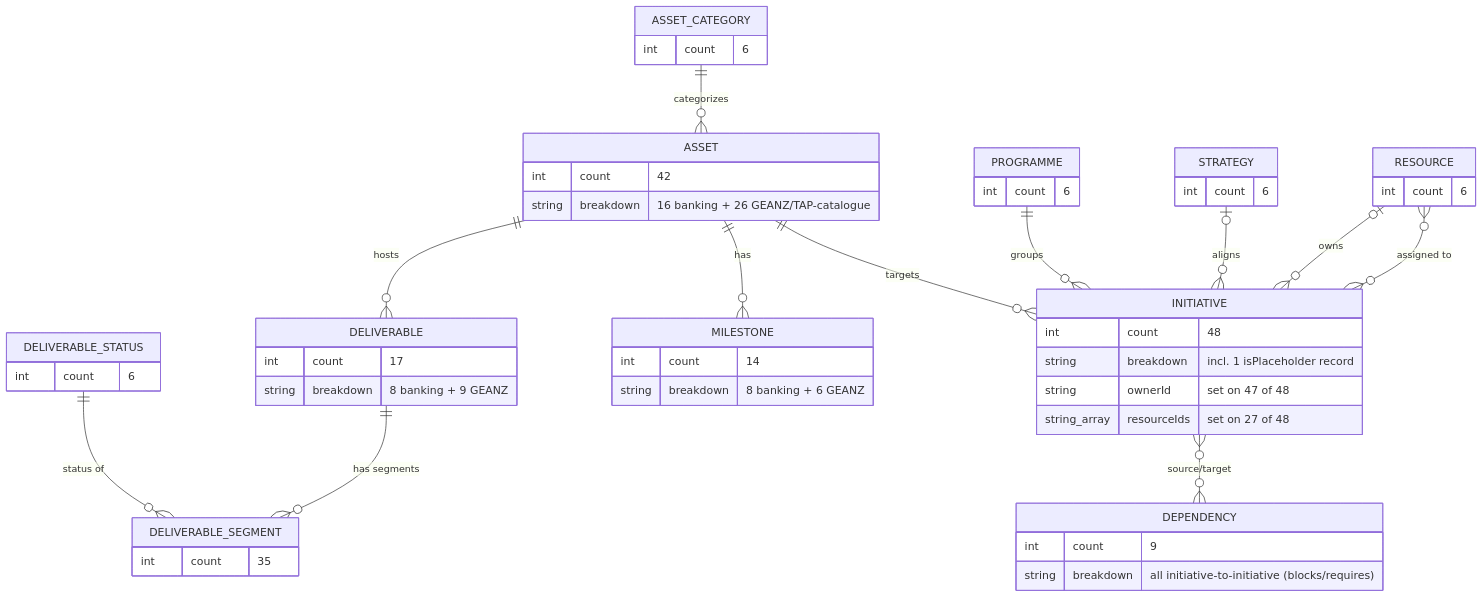
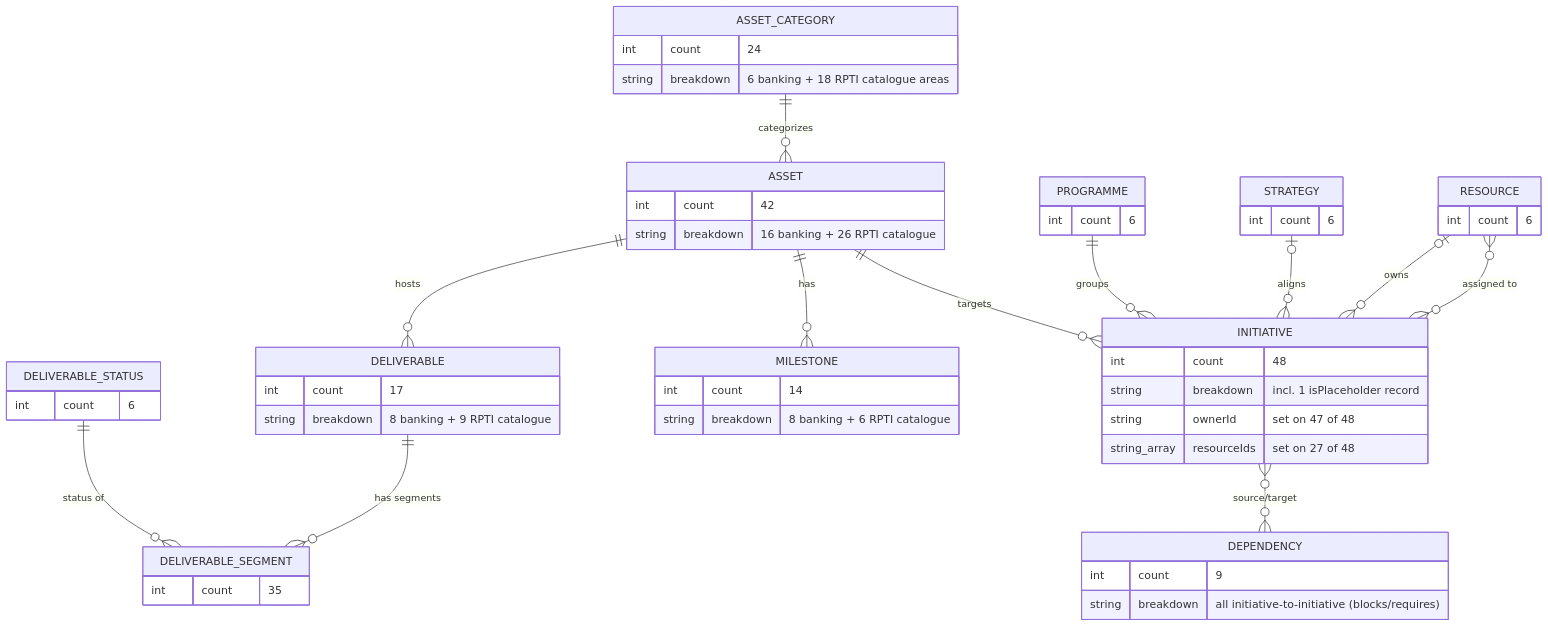
Before and after one commit to nofanto/Selara: the second of 3 diagrams in docs/database-diagram.md, drawn with Mermaid. The commit also changed other lines of this file and 29 other files, not shown here.

First line of the commit message:
feat: replace GEANZ catalogue with OJK RPTI-aligned asset catalogue

````diff
--- a/docs/database-diagram.md
+++ b/docs/database-diagram.md
@@ -307,55 +306,56 @@
 ```mermaid
 erDiagram
     ASSET_CATEGORY {
-        int count "6"
+        int count "24"
+        string breakdown "6 banking + 18 RPTI catalogue areas"
     }
     ASSET {
         int count "42"
-        string breakdown "16 banking + 26 GEANZ/TAP-catalogue"
+        string breakdown "16 banking + 26 RPTI catalogue"
     }
     PROGRAMME {
         int count "6"
     }
     STRATEGY {
         int count "6"
     }
     RESOURCE {
         int count "6"
     }
     DELIVERABLE_STATUS {
         int count "6"
     }
     DELIVERABLE {
         int count "17"
-        string breakdown "8 banking + 9 GEANZ"
+        string breakdown "8 banking + 9 RPTI catalogue"
     }
     DELIVERABLE_SEGMENT {
         int count "35"
     }
     INITIATIVE {
         int count "48"
         string breakdown "incl. 1 isPlaceholder record"
         string ownerId "set on 47 of 48"
         string_array resourceIds "set on 27 of 48"
     }
     MILESTONE {
         int count "14"
-        string breakdown "8 banking + 6 GEANZ"
+        string breakdown "8 banking + 6 RPTI catalogue"
     }
     DEPENDENCY {
         int count "9"
         string breakdown "all initiative-to-initiative (blocks/requires)"
     }
 
     ASSET_CATEGORY ||--o{ ASSET : categorizes
     ASSET ||--o{ DELIVERABLE : hosts
     DELIVERABLE ||--o{ DELIVERABLE_SEGMENT : "has segments"
     DELIVERABLE_STATUS ||--o{ DELIVERABLE_SEGMENT : "status of"
     ASSET ||--o{ MILESTONE : has
     PROGRAMME ||--o{ INITIATIVE : groups
     STRATEGY |o--o{ INITIATIVE : aligns
     ASSET ||--o{ INITIATIVE : targets
     RESOURCE |o--o{ INITIATIVE : owns
     RESOURCE }o--o{ INITIATIVE : "assigned to"
     INITIATIVE }o--o{ DEPENDENCY : "source/target"
 ```
````
